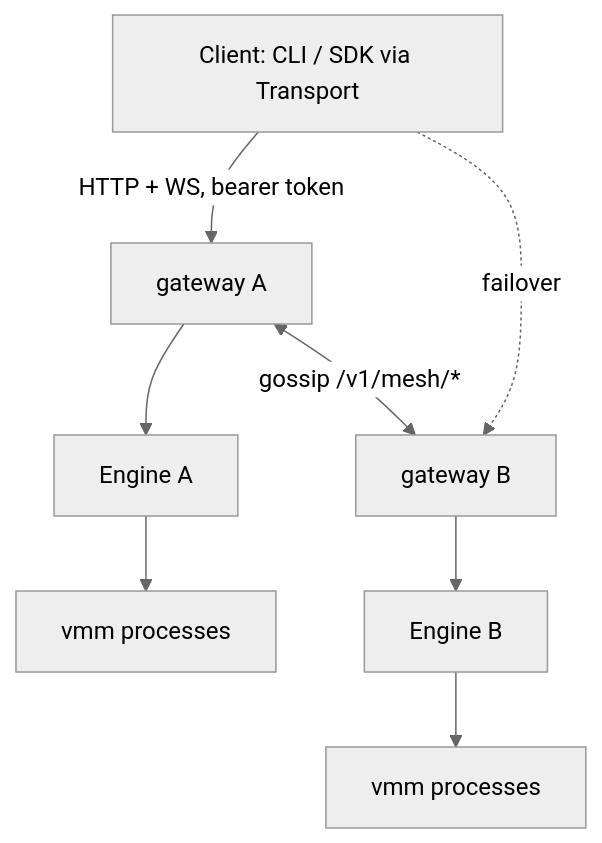
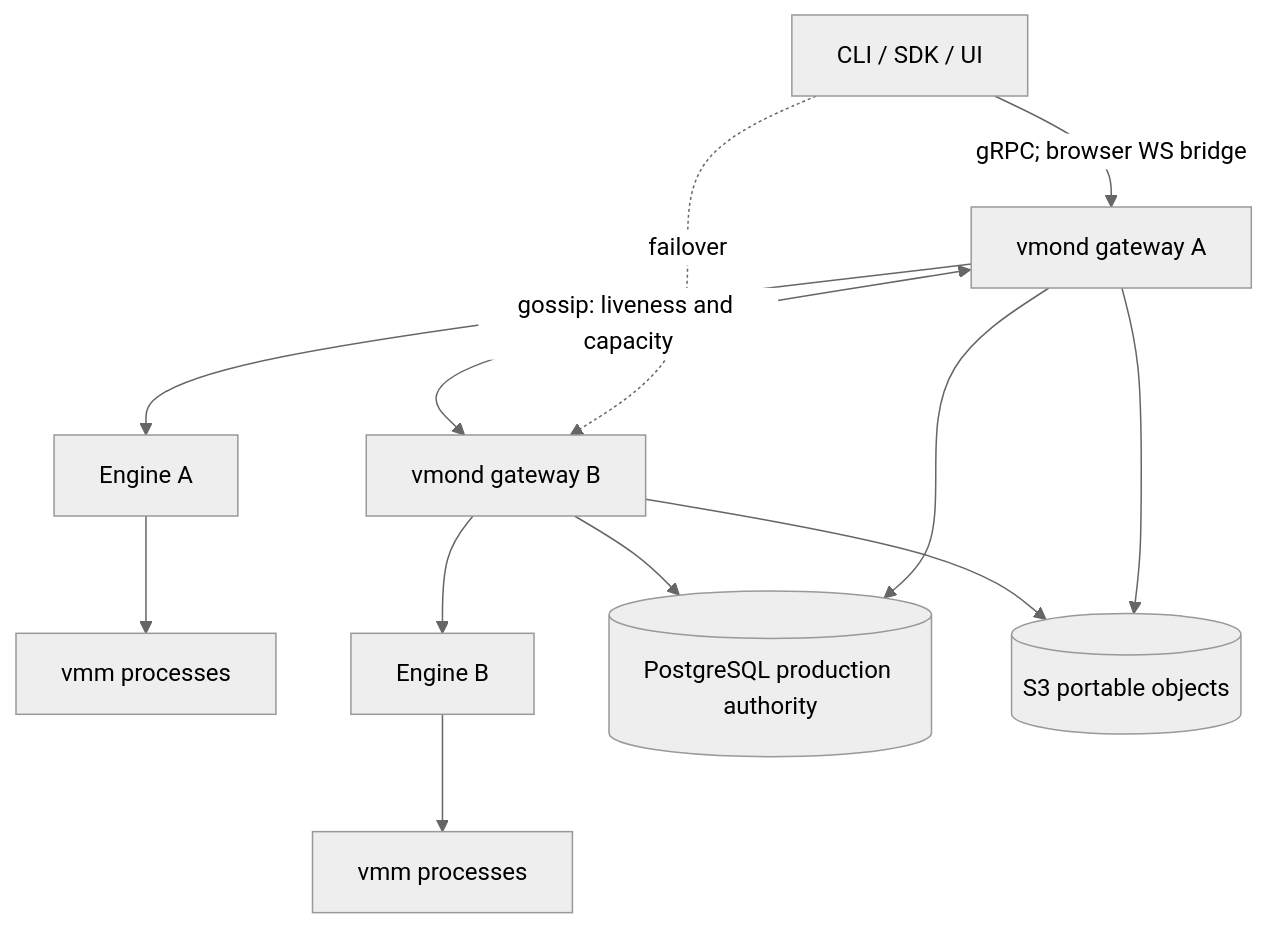
One commit to can1357/vibemon changed the diagram in ARCHITECTURE.md. Above: the diagram before and after it, drawn with Mermaid (neutral theme). The commit also changed other lines of this file and 18 other files, not shown here.

First line of the commit message:
feat(mesh): implemented durable vm lifecycle management and portable recovery

````diff
--- a/ARCHITECTURE.md
+++ b/ARCHITECTURE.md
@@ -12,8 +12,10 @@
 ```mermaid
 graph TD
-    C[Client: CLI / SDK via Transport] -->|HTTP + WS, bearer token| G1[gateway A]
-    C -.failover.-> G2[gateway B]
-    G1 <-->|gossip /v1/mesh/*| G2
-    G1 --> E1[Engine A] --> V1[vmm processes]
-    G2 --> E2[Engine B] --> V2[vmm processes]
+ C[CLI / SDK / UI] -->|gRPC; browser WS bridge| G1[vmond gateway A]
+ C -.failover.-> G2[vmond gateway B]
+ G1 <-->|gossip: liveness and capacity| G2
+ G1 --> E1[Engine A] --> V1[vmm processes]
+ G2 --> E2[Engine B] --> V2[vmm processes]
+ G1 & G2 --> PG[(PostgreSQL production authority)]
+ G1 & G2 --> S3[(S3 portable objects)]
 ```
````
